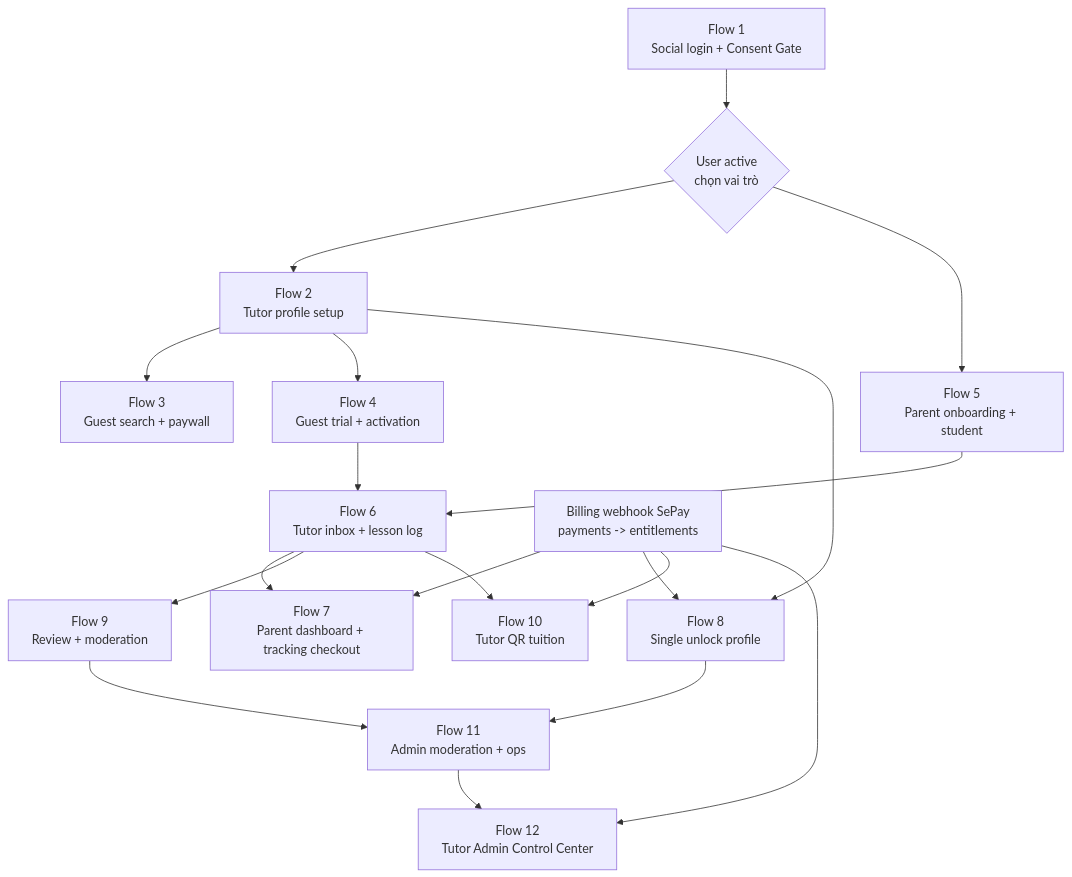
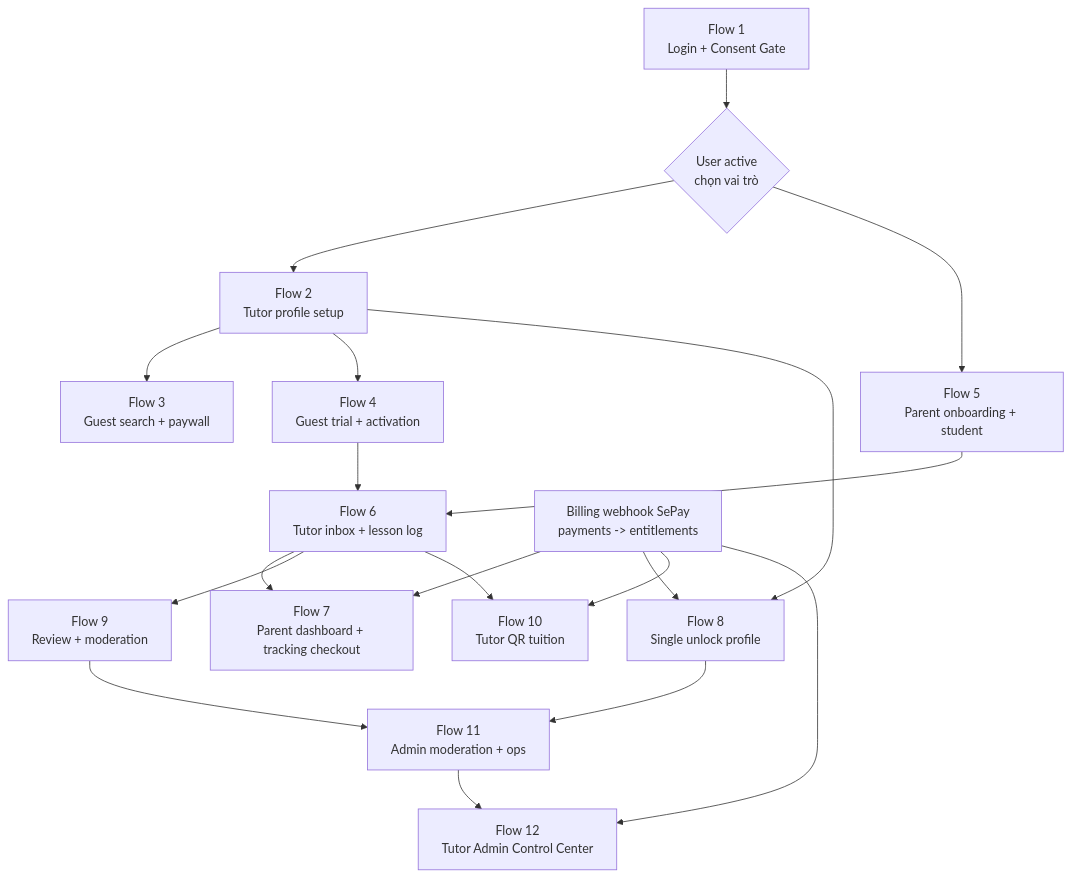
Before and after one commit to thanhquing/kimthanh-tutor: the first of 2 diagrams in ai-tasks/07-api-curl-user-flows.md, drawn with Mermaid. The commit also changed other lines of this file and 22 other files, not shown here.

````diff
--- a/ai-tasks/07-api-curl-user-flows.md
+++ b/ai-tasks/07-api-curl-user-flows.md
@@ -42,25 +42,25 @@
 ```mermaid
 flowchart TD
-  F1["Flow 1<br/>Social login + Consent Gate"] --> ROLE{"User active<br/>chọn vai trò"}
+  F1["Flow 1<br/>Login + Consent Gate"] --> ROLE{"User active<br/>chọn vai trò"}
   ROLE --> F2["Flow 2<br/>Tutor profile setup"]
   ROLE --> F5["Flow 5<br/>Parent onboarding + student"]
 
   F2 --> F3["Flow 3<br/>Guest search + paywall"]
   F2 --> F4["Flow 4<br/>Guest trial + activation"]
   F2 --> F8["Flow 8<br/>Single unlock profile"]
 
   F5 --> F6["Flow 6<br/>Tutor inbox + lesson log"]
   F4 --> F6
   F6 --> F7["Flow 7<br/>Parent dashboard + tracking checkout"]
   F6 --> F9["Flow 9<br/>Review + moderation"]
   F6 --> F10["Flow 10<br/>Tutor QR tuition"]
 
   F8 --> F11["Flow 11<br/>Admin moderation + ops"]
   F9 --> F11
   F11 --> F12["Flow 12<br/>Tutor Admin Control Center"]
 
   PAY["Billing webhook SePay<br/>payments -> entitlements"] --> F7
   PAY --> F8
   PAY --> F10
   PAY --> F12
 ```
````
